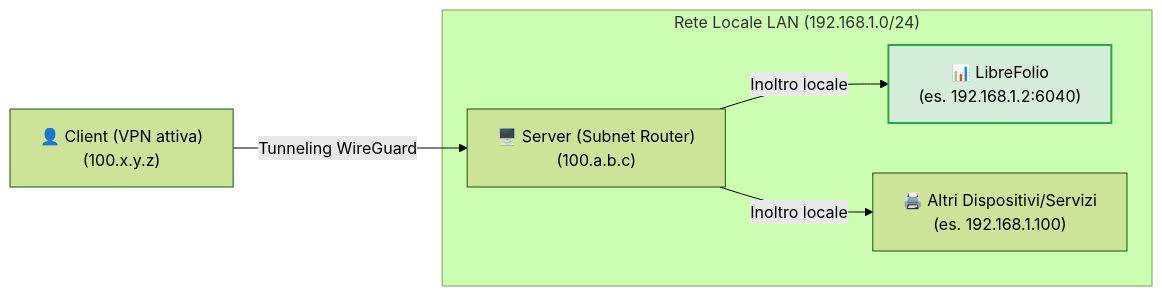
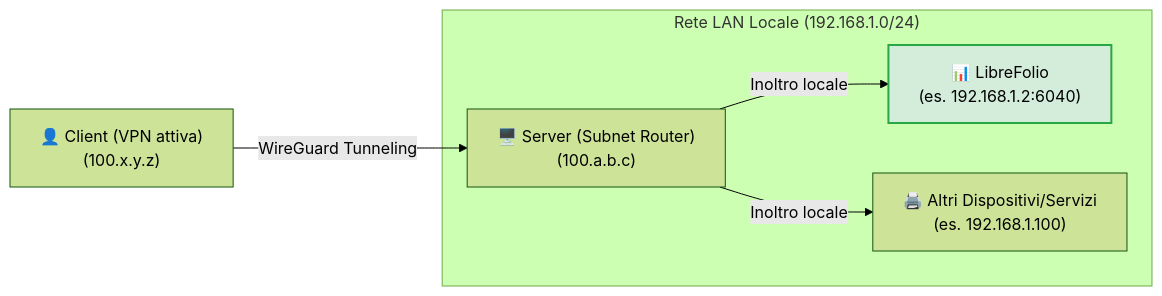
The third of 5 diagrams in mkdocs_src/docs/admin/tailscale_exposure.it.md (Librefolio/LibreFolio), drawn with Mermaid (forest theme) before and after one commit. The commit also changed other lines of this file and 13 other files, not shown here.

````diff
--- a/mkdocs_src/docs/admin/tailscale_exposure.it.md
+++ b/mkdocs_src/docs/admin/tailscale_exposure.it.md
@@ -139,9 +139,9 @@
 ```mermaid
 graph LR
-    Client["👤 Client (VPN attiva)<br>(100.x.y.z)"] -->|Tunneling WireGuard| Server["🖥️ Server (Subnet Router)<br>(100.a.b.c)"]
-    subgraph LAN ["Rete Locale LAN (192.168.1.0/24)"]
-        Server -->|Inoltro locale| LibreFolio["📊 LibreFolio<br>(es. 192.168.1.2:6040)"]
-        Server -->|Inoltro locale| OtherDevice["🖨️ Altri Dispositivi/Servizi<br>(es. 192.168.1.100)"]
-    end
-    style LibreFolio fill:#d4edda,stroke:#28a745,stroke-width:2px;
+ Client["👤 Client (VPN attiva)<br>(100.x.y.z)"] -->|WireGuard Tunneling| Server["🖥️ Server (Subnet Router)<br>(100.a.b.c)"]
+ subgraph LAN ["Rete LAN Locale (192.168.1.0/24)"]
+ Server -->|Inoltro locale| LibreFolio["📊 LibreFolio<br>(es. 192.168.1.2:6040)"]
+ Server -->|Inoltro locale| OtherDevice["🖨️ Altri Dispositivi/Servizi<br>(es. 192.168.1.100)"]
+ end
+ style LibreFolio fill:#d4edda,stroke:#28a745,stroke-width:2px;
 ```
````
